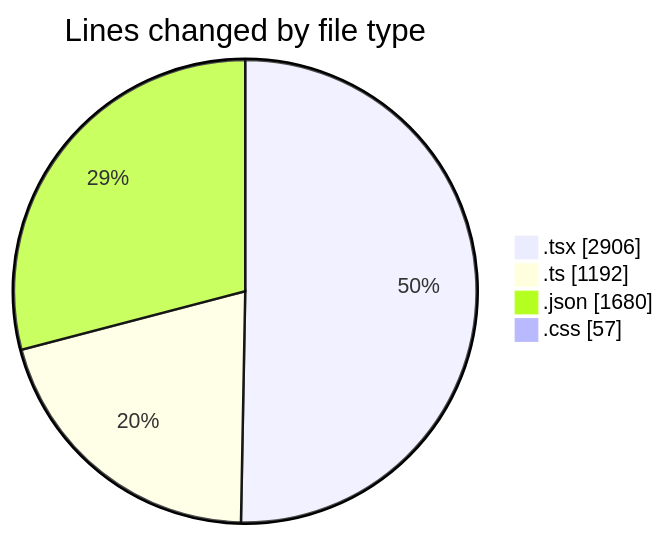
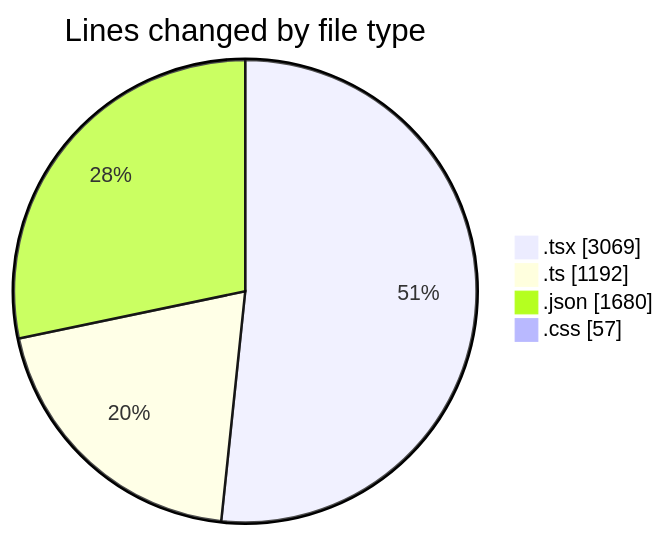
One commit to julien-gomy/code-tracking changed the first of 2 diagrams in 2025-10-09/eventscop-frontend-guide__workspace_/README.md. Above: the diagram before and after it, drawn with Mermaid. The commit also changed other lines of this file and 1 other file, not shown here.

````diff
--- a/2025-10-09/eventscop-frontend-guide__workspace_/README.md
+++ b/2025-10-09/eventscop-frontend-guide__workspace_/README.md
@@ -51,8 +52,8 @@
 ```mermaid
 pie showData
 title Lines changed by file type
-".tsx" : 2906
+".tsx" : 3069
 ".ts" : 1192
 ".json" : 1680
 ".css" : 57
 ```
````
